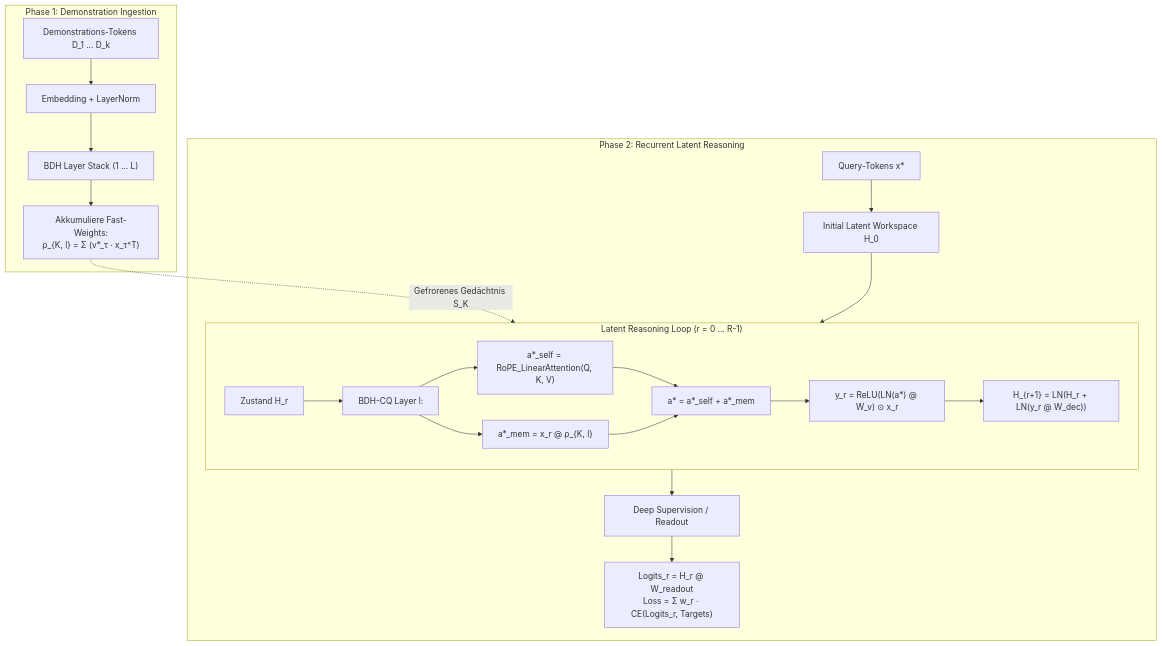
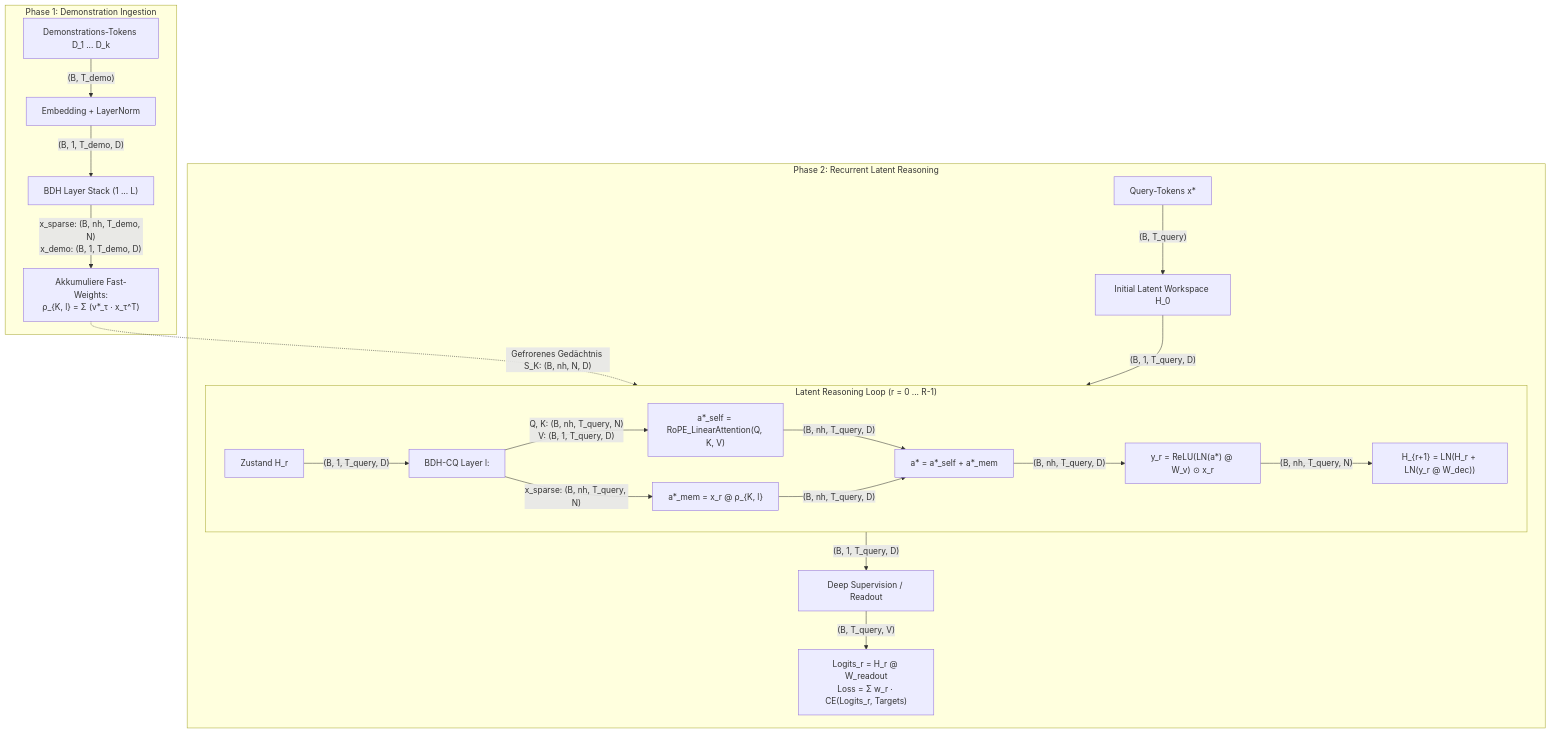
The diagram in docs/obsidian/BDH/Modelle/BDH-CQ - Contextual Query.md (eberlful/BDH), drawn with Mermaid before and after one commit. The commit also changed 14 other files, not shown here.

````diff
--- a/docs/obsidian/BDH/Modelle/BDH-CQ - Contextual Query.md
+++ b/docs/obsidian/BDH/Modelle/BDH-CQ - Contextual Query.md
@@ -29,27 +29,27 @@
 ```mermaid
 graph TD
     subgraph Phase 1: Demonstration Ingestion
-        D["Demonstrations-Tokens D_1 ... D_k"] --> EmbedD["Embedding + LayerNorm"]
-        EmbedD --> BDHStack["BDH Layer Stack (1 ... L)"]
-        BDHStack --> FastWeights["Akkumuliere Fast-Weights:<br>ρ_{K, l} = Σ (v*_τ · x_τ^T)"]
+        D["Demonstrations-Tokens D_1 ... D_k"] -->|"(B, T_demo)"| EmbedD["Embedding + LayerNorm"]
+        EmbedD -->|"(B, 1, T_demo, D)"| BDHStack["BDH Layer Stack (1 ... L)"]
+        BDHStack -->|"x_sparse: (B, nh, T_demo, N)<br>x_demo: (B, 1, T_demo, D)"| FastWeights["Akkumuliere Fast-Weights:<br>ρ_{K, l} = Σ (v*_τ · x_τ^T)"]
     end
 
     subgraph Phase 2: Recurrent Latent Reasoning
-        Q["Query-Tokens x*"] --> H0["Initial Latent Workspace H_0"]
-        FastWeights -.->|"Gefrorenes Gedächtnis S_K"| Loop
+        Q["Query-Tokens x*"] -->|"(B, T_query)"| H0["Initial Latent Workspace H_0"]
+        FastWeights -.->|"Gefrorenes Gedächtnis S_K: (B, nh, N, D)"| Loop
         
         subgraph Loop ["Latent Reasoning Loop (r = 0 ... R-1)"]
-            H_in["Zustand H_r"] --> LayerL["BDH-CQ Layer l:"]
-            LayerL --> SelfAttn["a*_self = RoPE_LinearAttention(Q, K, V)"]
-            LayerL --> MemAttn["a*_mem = x_r @ ρ_{K, l}"]
-            SelfAttn --> Combine["a* = a*_self + a*_mem"]
-            MemAttn --> Combine
-            Combine --> Gating["y_r = ReLU(LN(a*) @ W_v) ⊙ x_r"]
-            Gating --> Upd["H_{r+1} = LN(H_r + LN(y_r @ W_dec))"]
+            H_in["Zustand H_r"] -->|"(B, 1, T_query, D)"| LayerL["BDH-CQ Layer l:"]
+            LayerL -->|"Q, K: (B, nh, T_query, N)<br>V: (B, 1, T_query, D)"| SelfAttn["a*_self = RoPE_LinearAttention(Q, K, V)"]
+            LayerL -->|"x_sparse: (B, nh, T_query, N)"| MemAttn["a*_mem = x_r @ ρ_{K, l}"]
+            SelfAttn -->|"(B, nh, T_query, D)"| Combine["a* = a*_self + a*_mem"]
+            MemAttn -->|"(B, nh, T_query, D)"| Combine
+            Combine -->|"(B, nh, T_query, D)"| Gating["y_r = ReLU(LN(a*) @ W_v) ⊙ x_r"]
+            Gating -->|"(B, nh, T_query, N)"| Upd["H_{r+1} = LN(H_r + LN(y_r @ W_dec))"]
         end
         
-        H0 --> Loop
-        Loop --> DeepSup["Deep Supervision / Readout"]
-        DeepSup --> Out["Logits_r = H_r @ W_readout<br>Loss = Σ w_r · CE(Logits_r, Targets)"]
+        H0 -->|"(B, 1, T_query, D)"| Loop
+        Loop -->|"(B, 1, T_query, D)"| DeepSup["Deep Supervision / Readout"]
+        DeepSup -->|"(B, T_query, V)"| Out["Logits_r = H_r @ W_readout<br>Loss = Σ w_r · CE(Logits_r, Targets)"]
     end
 ```
````
